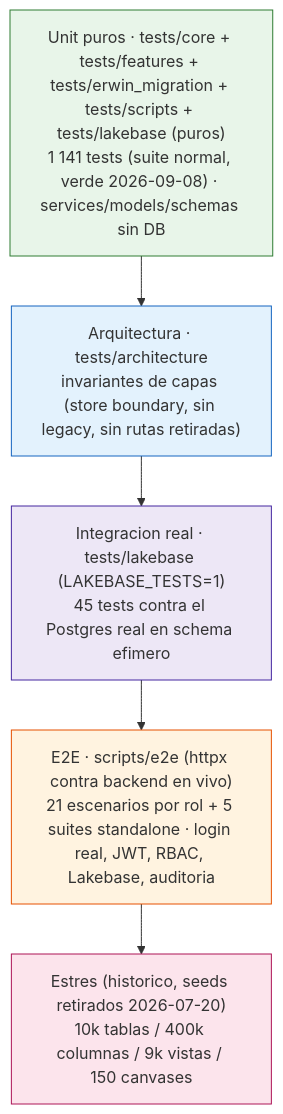
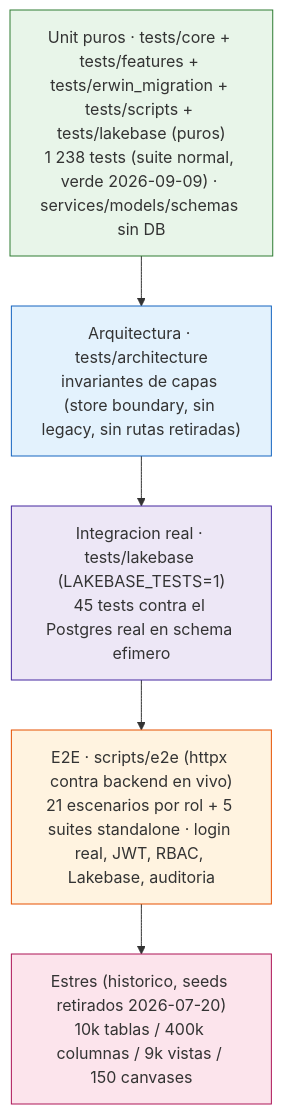
Before and after one commit to Carlosmps97/backend-data-model-hub: the first of 6 diagrams in doc/testing.md, drawn with Mermaid. The commit also changed other lines of this file and 57 other files, not shown here.

````diff
--- a/doc/testing.md
+++ b/doc/testing.md
@@ -21,16 +21,16 @@
 ```mermaid
 flowchart TD
     A["Estres (historico, seeds retirados 2026-07-20)<br/>10k tablas / 400k columnas / 9k vistas / 150 canvases"]
     B["E2E · scripts/e2e (httpx contra backend en vivo)<br/>21 escenarios por rol + 5 suites standalone · login real, JWT, RBAC, Lakebase, auditoria"]
     L["Integracion real · tests/lakebase (LAKEBASE_TESTS=1)<br/>45 tests contra el Postgres real en schema efimero"]
     C["Arquitectura · tests/architecture<br/>invariantes de capas (store boundary, sin legacy, sin rutas retiradas)"]
-    D["Unit puros · tests/core + tests/features + tests/erwin_migration + tests/scripts + tests/lakebase (puros)<br/>1 141 tests (suite normal, verde 2026-09-08) · services/models/schemas sin DB"]
+    D["Unit puros · tests/core + tests/features + tests/erwin_migration + tests/scripts + tests/lakebase (puros)<br/>1 238 tests (suite normal, verde 2026-09-09) · services/models/schemas sin DB"]
 
     D --> C --> L --> B --> A
 
     style D fill:#e8f5e9,stroke:#2e7d32
     style C fill:#e3f2fd,stroke:#1565c0
     style L fill:#ede7f6,stroke:#4527a0
     style B fill:#fff3e0,stroke:#e65100
     style A fill:#fce4ec,stroke:#ad1457
 ```
````
